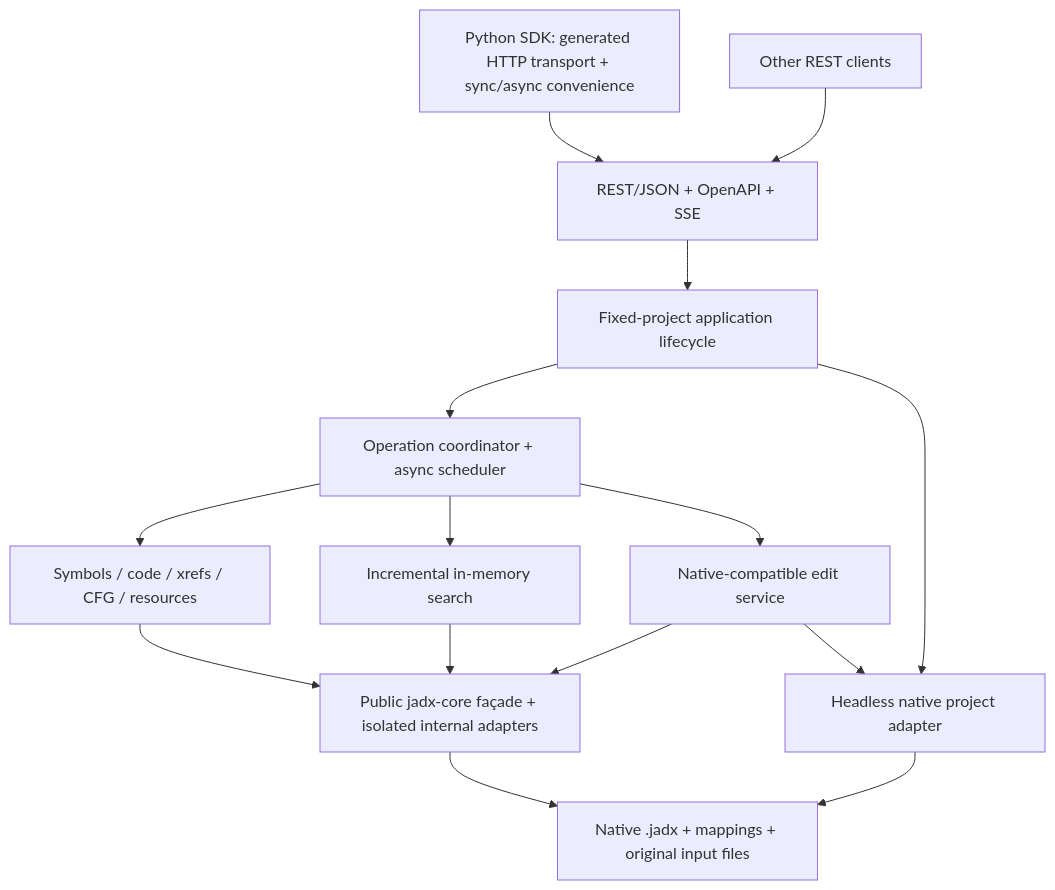
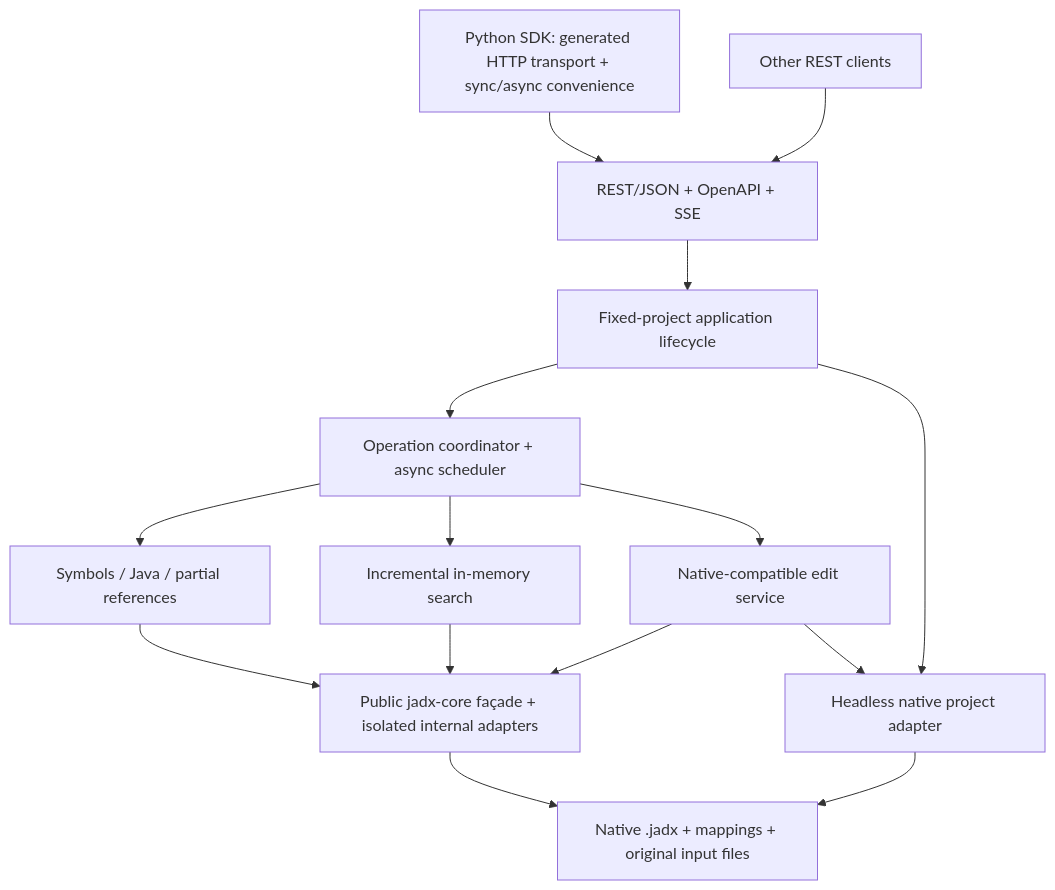
The diagram in DESIGN.md (bostjanv/libjadx), drawn with Mermaid before and after one commit. The commit also changed other lines of this file and 31 other files, not shown here.

````diff
--- a/DESIGN.md
+++ b/DESIGN.md
@@ -42,20 +42,20 @@
 ```mermaid
 flowchart TB
     PC[Python SDK: generated HTTP transport + sync/async convenience]
     RC[Other REST clients]
     PC --> HTTP
     RC --> HTTP
     HTTP[REST/JSON + OpenAPI + SSE]
     HTTP --> APP[Fixed-project application lifecycle]
     APP --> COORD[Operation coordinator + async scheduler]
-    COORD --> ANA[Symbols / code / xrefs / CFG / resources]
+    COORD --> ANA[Symbols / Java / partial references]
     COORD --> SEARCH[Incremental in-memory search]
     COORD --> EDIT[Native-compatible edit service]
     ANA --> JAD[Public jadx-core façade + isolated internal adapters]
     SEARCH --> JAD
     EDIT --> JAD
     APP --> PROJ[Headless native project adapter]
     EDIT --> PROJ
     PROJ --> NATIVE[Native .jadx + mappings + original input files]
     JAD --> NATIVE
 ```
````
